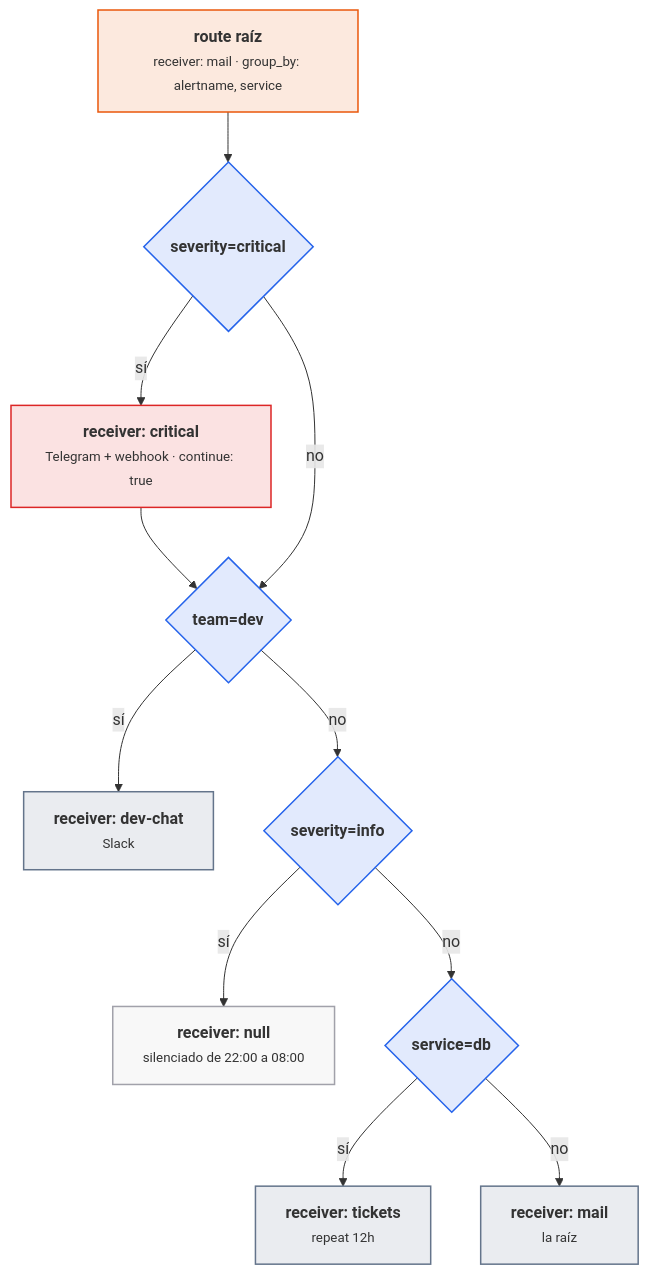
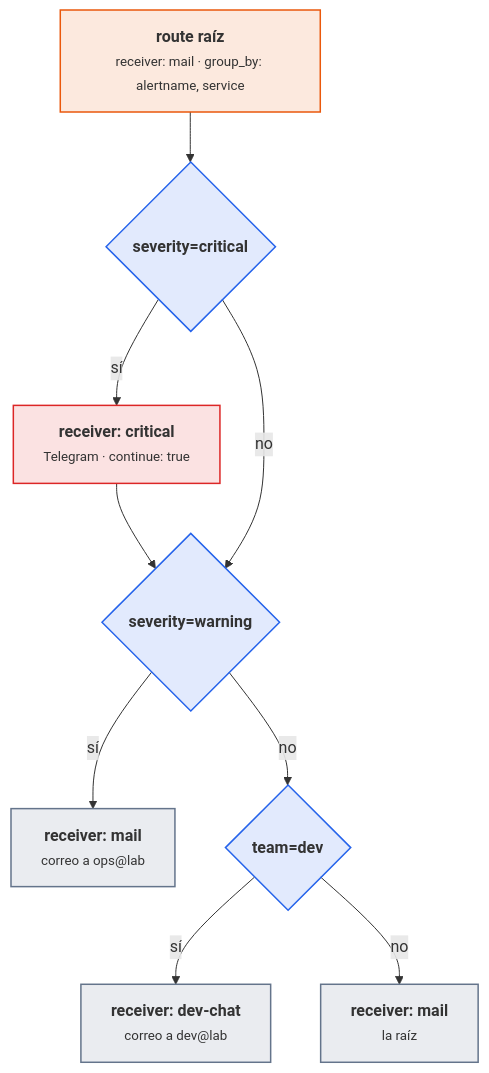
The fourth of 6 diagrams in docs/ut/ut2-alarmas.md (victor-educ/apuntes-5169), drawn with Mermaid before and after one commit. The commit also changed other lines of this file and 17 other files, not shown here.

````diff
--- a/docs/ut/ut2-alarmas.md
+++ b/docs/ut/ut2-alarmas.md
@@ -690,28 +696,24 @@
 ```mermaid
 flowchart TD
     ROOT["<b>route raíz</b><br><small>receiver: mail · group_by: alertname, service</small>"]:::act
     C{"<b>severity=critical</b>"}:::dato
-    CR["<b>receiver: critical</b><br><small>Telegram + webhook · continue: true</small>"]:::riesgo
+    CR["<b>receiver: critical</b><br><small>Telegram · continue: true</small>"]:::riesgo
+    W{"<b>severity=warning</b>"}:::dato
+    MW["<b>receiver: mail</b><br><small>correo a ops@lab</small>"]:::pieza
     D{"<b>team=dev</b>"}:::dato
-    DEV["<b>receiver: dev-chat</b><br><small>Slack</small>"]:::pieza
-    I{"<b>severity=info</b>"}:::dato
-    NUL["<b>receiver: null</b><br><small>silenciado de 22:00 a 08:00</small>"]:::infra
-    DB{"<b>service=db</b>"}:::dato
-    TK["<b>receiver: tickets</b><br><small>repeat 12h</small>"]:::pieza
+    DEV["<b>receiver: dev-chat</b><br><small>correo a dev@lab</small>"]:::pieza
     MAIL["<b>receiver: mail</b><br><small>la raíz</small>"]:::pieza
     ROOT --> C
-    C -- sí --> CR --> D
-    C -- no --> D
+    C -- sí --> CR --> W
+    C -- no --> W
+    W -- sí --> MW
+    W -- no --> D
     D -- sí --> DEV
-    D -- no --> I
-    I -- sí --> NUL
-    I -- no --> DB
-    DB -- sí --> TK
-    DB -- no --> MAIL
+    D -- no --> MAIL
     classDef act fill:#ea580c22,stroke:#ea580c,stroke-width:1.5px
     classDef pieza fill:#64748b22,stroke:#64748b,stroke-width:1.5px
     classDef dato fill:#2563eb22,stroke:#2563eb,stroke-width:1.5px
     classDef infra fill:#a1a1aa14,stroke:#a1a1aa,stroke-width:1.5px
     classDef ok fill:#16a34a22,stroke:#16a34a,stroke-width:1.5px
     classDef riesgo fill:#dc262622,stroke:#dc2626,stroke-width:1.5px
 ```
````
